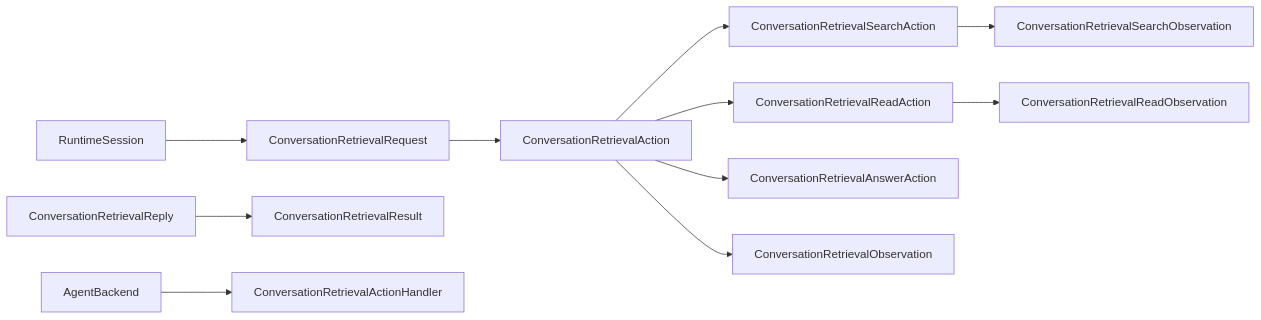
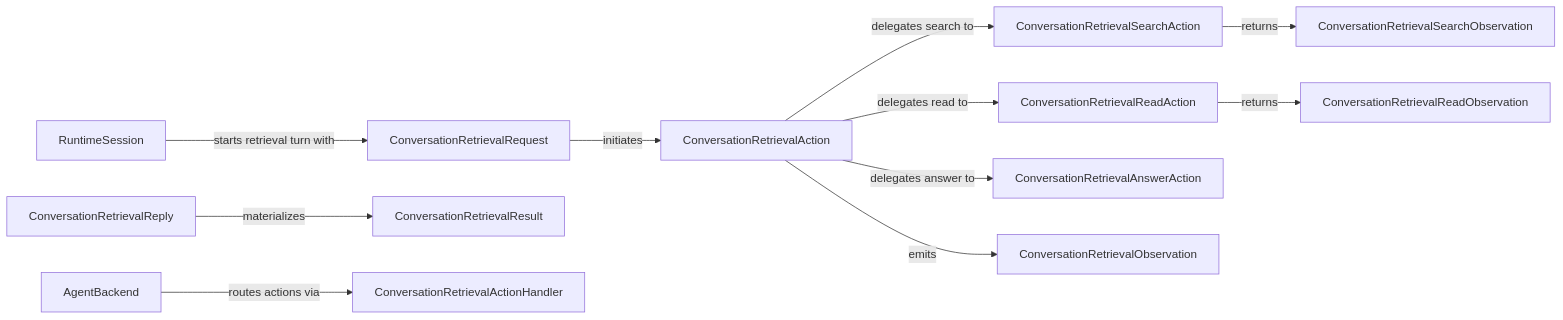
One commit to Kims-DeveloperGroup/story-writing-agents changed the sixth of 9 diagrams in docs/design/overview.md. Above: the diagram before and after it, drawn with Mermaid. The commit also changed other lines of this file, not shown here.

Commit message:
Label diagram links and add short diagram descriptions

````diff
--- a/docs/design/overview.md
+++ b/docs/design/overview.md
@@ -262,27 +270,27 @@
 ```mermaid
 flowchart LR
     CS[RuntimeSession]
     CRReq[ConversationRetrievalRequest]
     CRAct[ConversationRetrievalAction]
     CRS[ConversationRetrievalSearchAction]
     CRR[ConversationRetrievalReadAction]
     CRA[ConversationRetrievalAnswerAction]
     COBS[ConversationRetrievalObservation]
     CRSObs[ConversationRetrievalSearchObservation]
     CRRObs[ConversationRetrievalReadObservation]
     CRRep[ConversationRetrievalReply]
     CRRes[ConversationRetrievalResult]
     AB[AgentBackend]
     BHA[ConversationRetrievalActionHandler]
 
-    CS --> CRReq
-    CRReq --> CRAct
-    CRAct --> CRS
-    CRAct --> CRR
-    CRAct --> CRA
-    CRAct --> COBS
-    CRS --> CRSObs
-    CRR --> CRRObs
-    CRRep --> CRRes
-    AB --> BHA
+    CS -->|starts retrieval turn with| CRReq
+    CRReq -->|initiates| CRAct
+    CRAct -->|delegates search to| CRS
+    CRAct -->|delegates read to| CRR
+    CRAct -->|delegates answer to| CRA
+    CRAct -->|emits| COBS
+    CRS -->|returns| CRSObs
+    CRR -->|returns| CRRObs
+    CRRep -->|materializes| CRRes
+    AB -->|routes actions via| BHA
 ```
````
